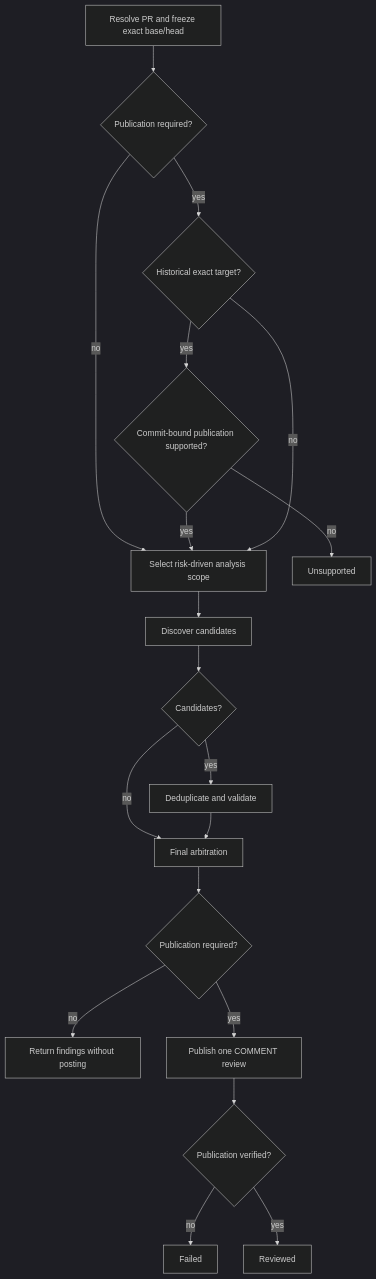
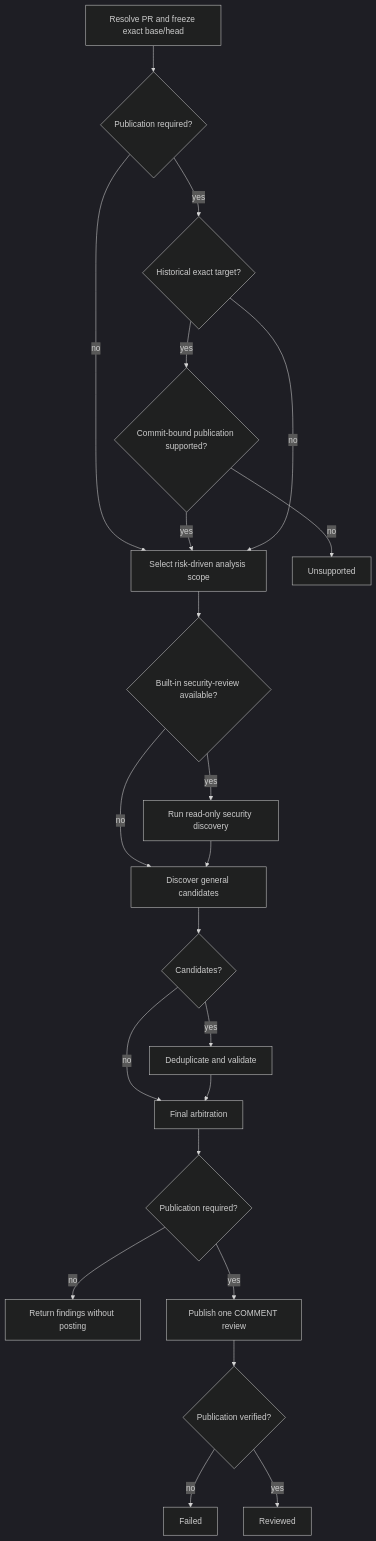
Before and after one commit to dceoy/pr-loop: the diagram in skills/pr-review/SKILL.md, drawn with Mermaid (dark theme). The commit also changed other lines of this file, not shown here.

Commit message:
Refactor pr-review to use built-in security review

````diff
--- a/skills/pr-review/SKILL.md
+++ b/skills/pr-review/SKILL.md
@@ -43,21 +63,24 @@
 ```mermaid
 flowchart TD
   A[Resolve PR and freeze exact base/head] --> B{Publication required?}
   B -->|no| D[Select risk-driven analysis scope]
   B -->|yes| C{Historical exact target?}
   C -->|yes| P{Commit-bound publication supported?}
   P -->|no| U[Unsupported]
   P -->|yes| D
   C -->|no| D
-  D --> E[Discover candidates]
+  D --> S{Built-in security-review available?}
+  S -->|yes| T[Run read-only security discovery]
+  S -->|no| E[Discover general candidates]
+  T --> E
   E --> F{Candidates?}
   F -->|yes| G[Deduplicate and validate]
   F -->|no| H[Clean arbitration]
   G --> H[Final arbitration]
   H --> I{Publication required?}
   I -->|no| R[Return findings without posting]
   I -->|yes| J[Publish one COMMENT review]
   J --> K{Publication verified?}
   K -->|no| X[Failed]
   K -->|yes| Z[Reviewed]
 ```
````
